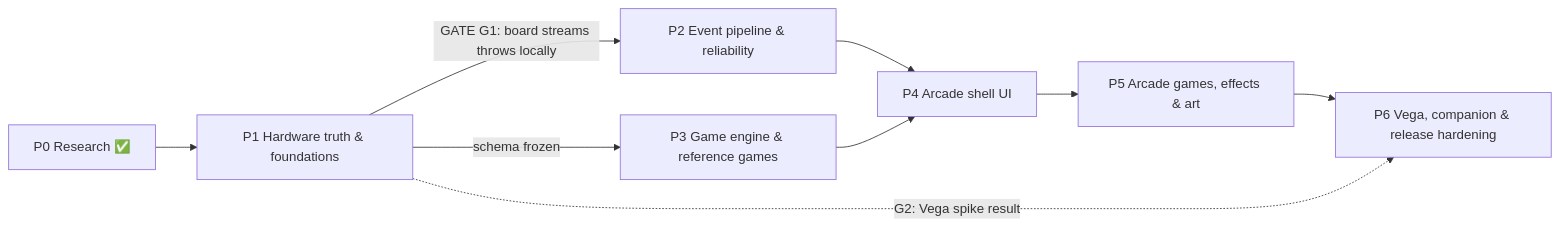
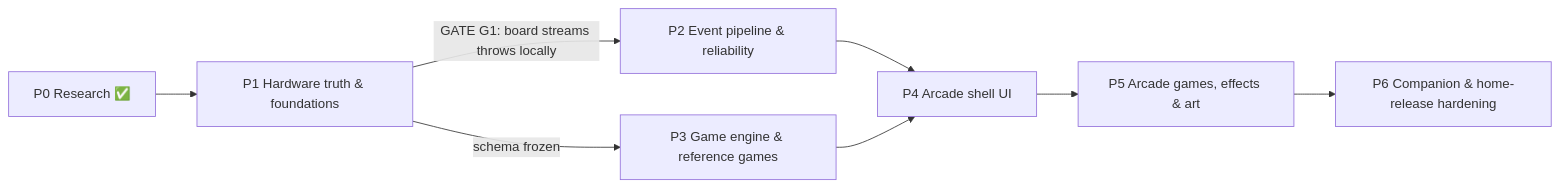
The diagram in ROADMAP.md (skiifr/AutoDarts-Arcade), drawn with Mermaid before and after one commit. The commit also changed other lines of this file and 3 other files, not shown here.

````diff
--- a/ROADMAP.md
+++ b/ROADMAP.md
@@ -37,11 +37,10 @@
 ```mermaid
 flowchart LR
   P0["P0 Research ✅"] --> P1["P1 Hardware truth & foundations"]
   P1 -->|"GATE G1: board streams throws locally"| P2["P2 Event pipeline & reliability"]
   P1 -->|"schema frozen"| P3["P3 Game engine & reference games"]
   P2 --> P4["P4 Arcade shell UI"]
   P3 --> P4
   P4 --> P5["P5 Arcade games, effects & art"]
-  P5 --> P6["P6 Vega, companion & release hardening"]
-  P1 -.->|"G2: Vega spike result"| P6
+  P5 --> P6["P6 Companion & home-release hardening"]
 ```
````
